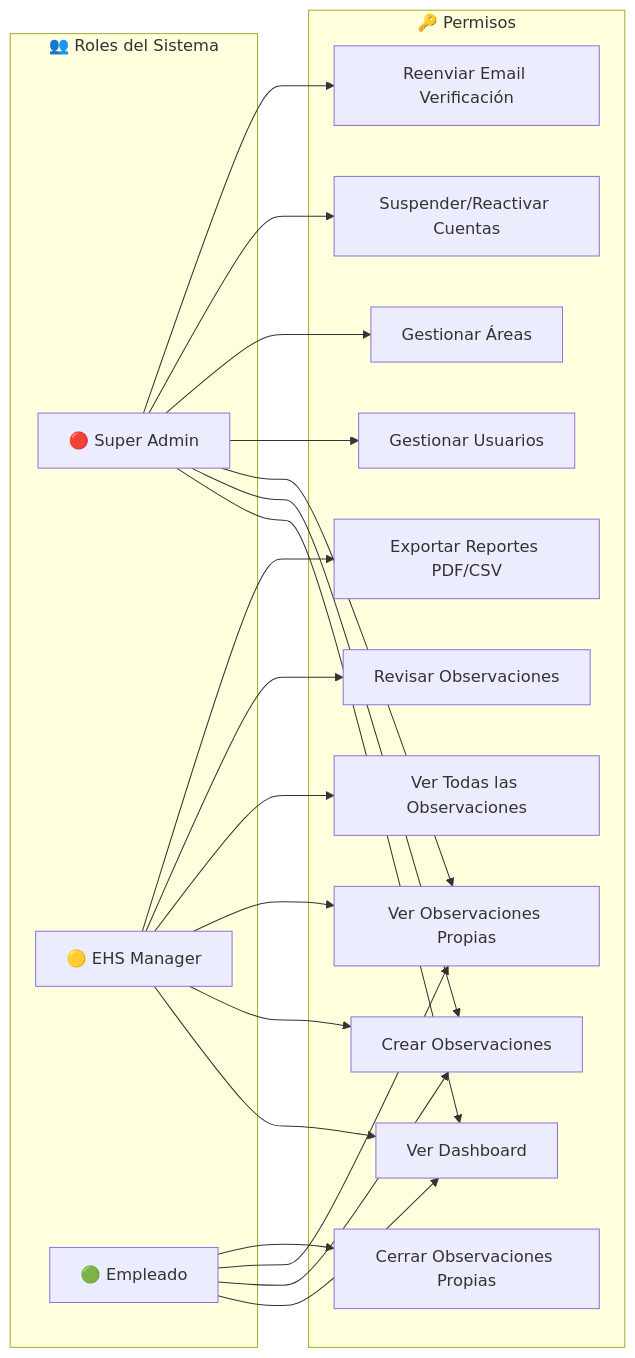
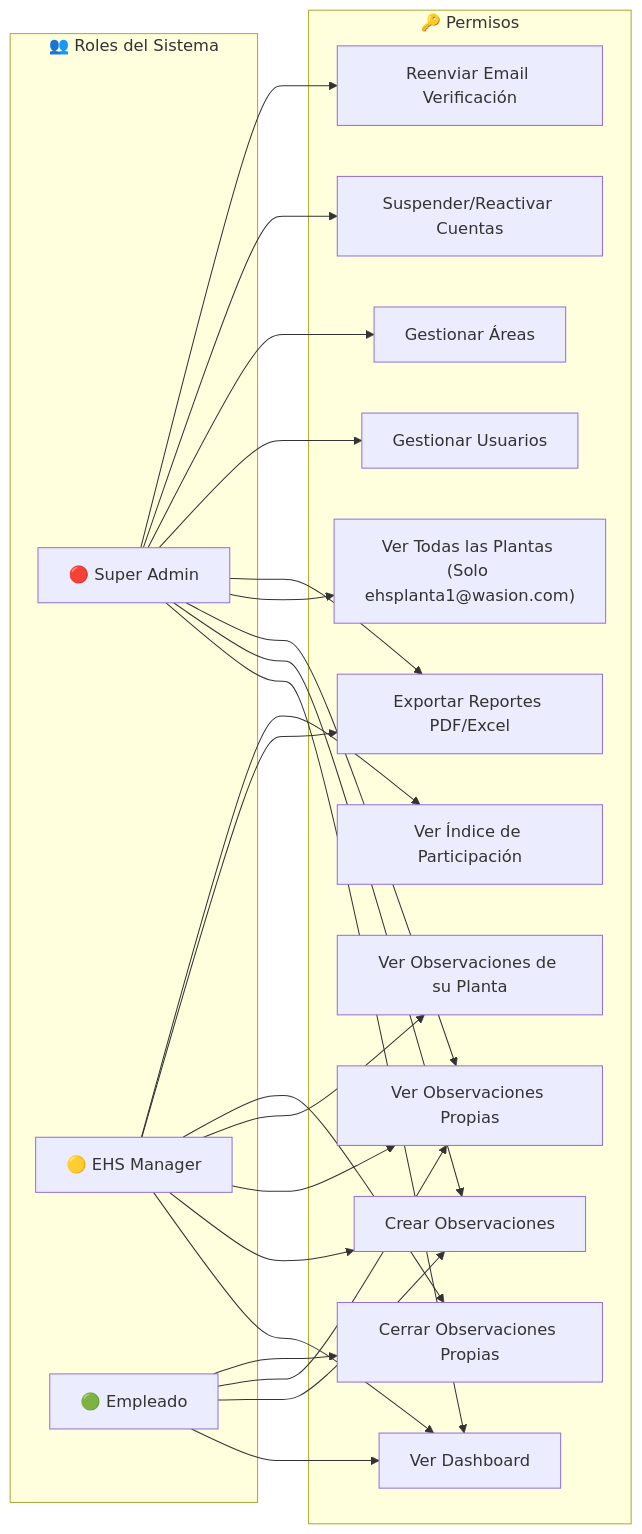
The fifth of 9 diagrams in README.md (ErwinPlaza064/app-safety-observation), drawn with Mermaid before and after one commit. The commit also changed other lines of this file and 10 other files, not shown here.

````diff
--- a/README.md
+++ b/README.md
@@ -228,26 +227,27 @@
 ```mermaid
 flowchart LR
     subgraph Roles["👥 Roles del Sistema"]
         SA["🔴 Super Admin"]
         EHS["🟡 EHS Manager"]
         EMP["🟢 Empleado"]
     end
 
     subgraph Permisos["🔑 Permisos"]
         P1["Ver Dashboard"]
         P2["Crear Observaciones"]
         P3["Ver Observaciones Propias"]
-        P4["Ver Todas las Observaciones"]
-        P5["Revisar Observaciones"]
+        P4["Ver Observaciones de su Planta"]
+        P5["Ver Todas las Plantas (Solo ehsplanta1@wasion.com)"]
         P6["Cerrar Observaciones Propias"]
-        P7["Exportar Reportes PDF/CSV"]
+        P7["Exportar Reportes PDF/Excel"]
         P8["Gestionar Usuarios"]
         P9["Gestionar Áreas"]
         P10["Suspender/Reactivar Cuentas"]
         P11["Reenviar Email Verificación"]
+        P12["Ver Índice de Participación"]
     end
 
-    SA --> P1 & P2 & P3 & P8 & P9 & P10 & P11
-    EHS --> P1 & P2 & P3 & P4 & P5 & P7
+    SA --> P1 & P2 & P3 & P5 & P7 & P8 & P9 & P10 & P11
+    EHS --> P1 & P2 & P3 & P4 & P6 & P7 & P12
     EMP --> P1 & P2 & P3 & P6
 ```
````
